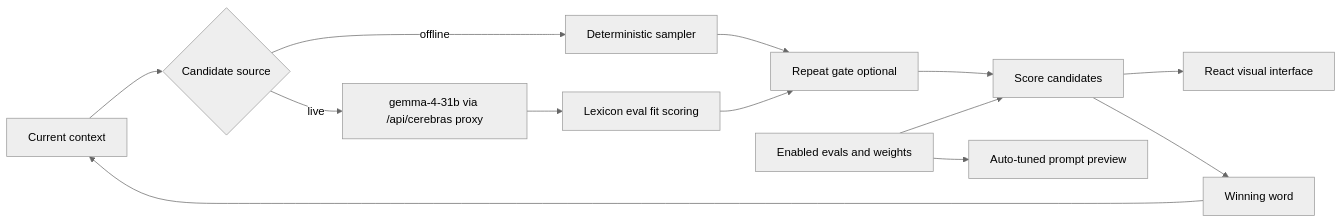
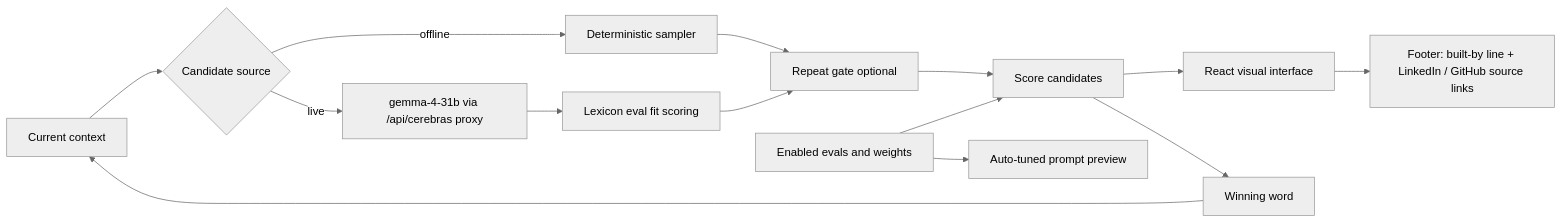
One commit to johnpfeiffer/demoevals changed the first of 2 diagrams in architecture.md. Above: the diagram before and after it, drawn with Mermaid (neutral theme). The commit also changed other lines of this file and 5 other files, not shown here.

First line of the commit message:
add a built-by footer with LinkedIn and GitHub source links

````diff
--- a/architecture.md
+++ b/architecture.md
@@ -9,15 +9,16 @@
 ```mermaid
 flowchart LR
   C[Current context] --> G{Candidate source}
   G -->|offline| D[Deterministic sampler]
   G -->|live| L[gemma-4-31b via /api/cerebras proxy]
   L --> F[Lexicon eval fit scoring]
   D --> R[Repeat gate optional]
   F --> R
   R --> S[Score candidates]
   E[Enabled evals and weights] --> S
   S --> V[React visual interface]
+  V --> FOOT[Footer: built-by line + LinkedIn / GitHub source links]
   S --> W[Winning word]
   W --> C
   E --> P[Auto-tuned prompt preview]
 ```
````
